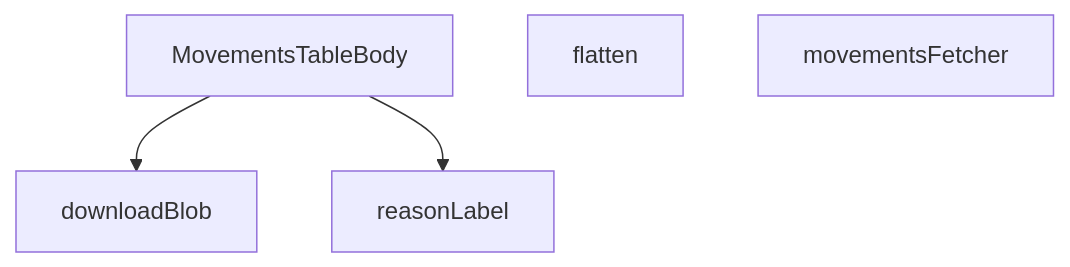
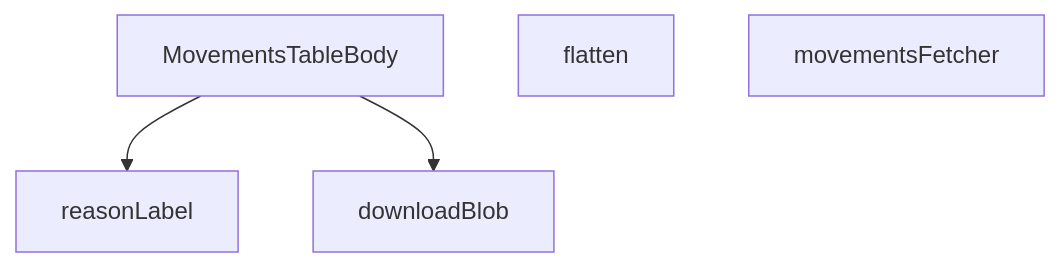
One commit to peckop/venthub-hvac-esite changed the diagram in src/views/admin/MovementsTableBody.md. Above: the diagram before and after it, drawn with Mermaid. The commit also changed other lines of this file and 189 other files, not shown here.

````diff
--- a/src/views/admin/MovementsTableBody.md
+++ b/src/views/admin/MovementsTableBody.md
@@ -236,10 +333,10 @@
 ```mermaid
 graph TD
     MovementsTableBody_tsx__MovementsTableBody["MovementsTableBody"]
     MovementsTableBody_tsx__downloadBlob["downloadBlob"]
     MovementsTableBody_tsx__flatten["flatten"]
     MovementsTableBody_tsx__movementsFetcher["movementsFetcher"]
     MovementsTableBody_tsx__reasonLabel["reasonLabel"]
+    MovementsTableBody_tsx__MovementsTableBody --> MovementsTableBody_tsx__reasonLabel
     MovementsTableBody_tsx__MovementsTableBody --> MovementsTableBody_tsx__downloadBlob
-    MovementsTableBody_tsx__MovementsTableBody --> MovementsTableBody_tsx__reasonLabel
 ```
````
